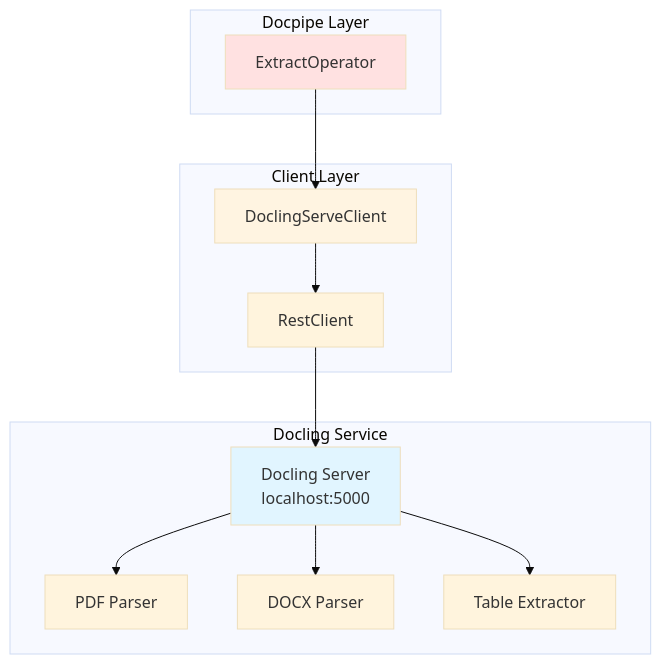
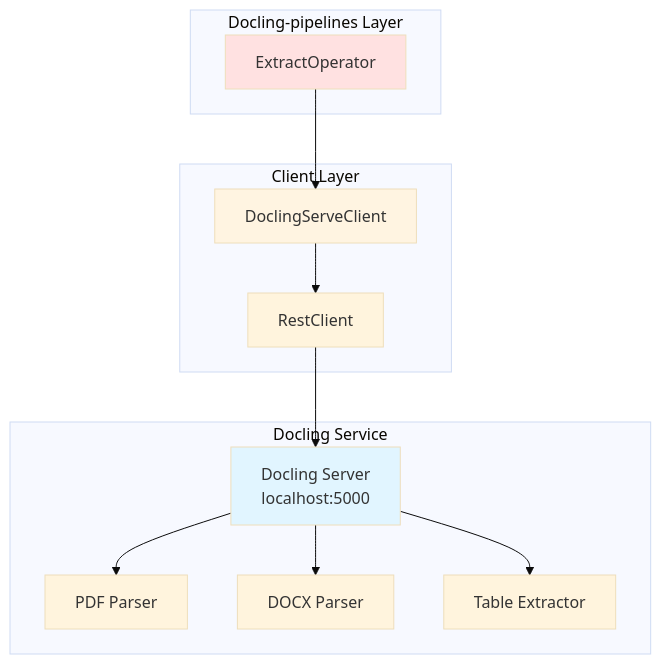
Diagram 20 of 31 in ARCHITECTURE.md (anupvarma007-ui/datasift-opensource), drawn with Mermaid (base theme) before and after one commit. The commit also changed other lines of this file, not shown here.

First line of the commit message:
Fixing the architecture doc with the new folder name (#696)

````diff
--- a/ARCHITECTURE.md
+++ b/ARCHITECTURE.md
@@ -2469,29 +2469,29 @@
 ```mermaid
 graph TB
-    subgraph "Docpipe Layer"
+    subgraph "Docling-pipelines Layer"
         EXT[ExtractOperator]
     end
 
     subgraph "Client Layer"
         DC[DoclingServeClient]
         RC[RestClient]
     end
 
     subgraph "Docling Service"
         DS[Docling Server<br/>localhost:5000]
         PDF[PDF Parser]
         DOCX[DOCX Parser]
         TABLE[Table Extractor]
     end
 
     EXT --> DC
     DC --> RC
     RC --> DS
     DS --> PDF
     DS --> DOCX
     DS --> TABLE
 
     style EXT fill:#ffe1e1
     style DC fill:#fff4e1
     style DS fill:#e1f5ff
 ```
````
